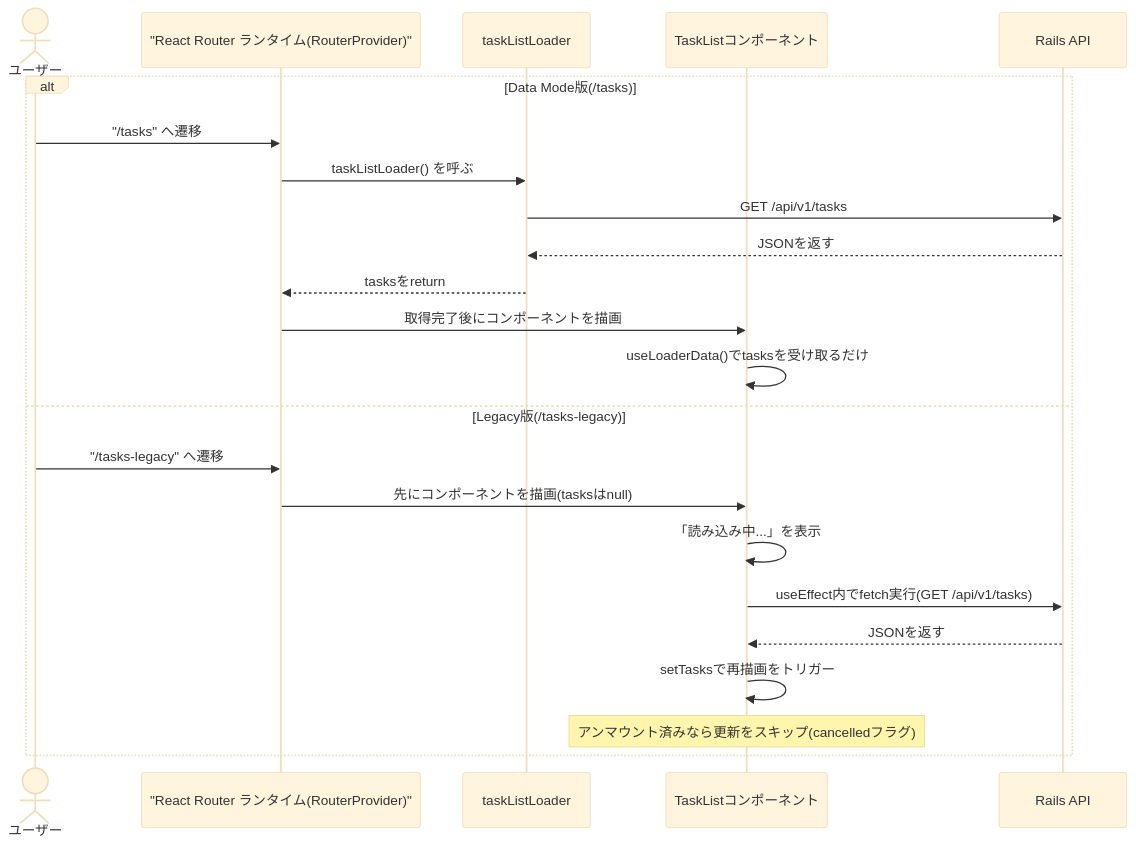
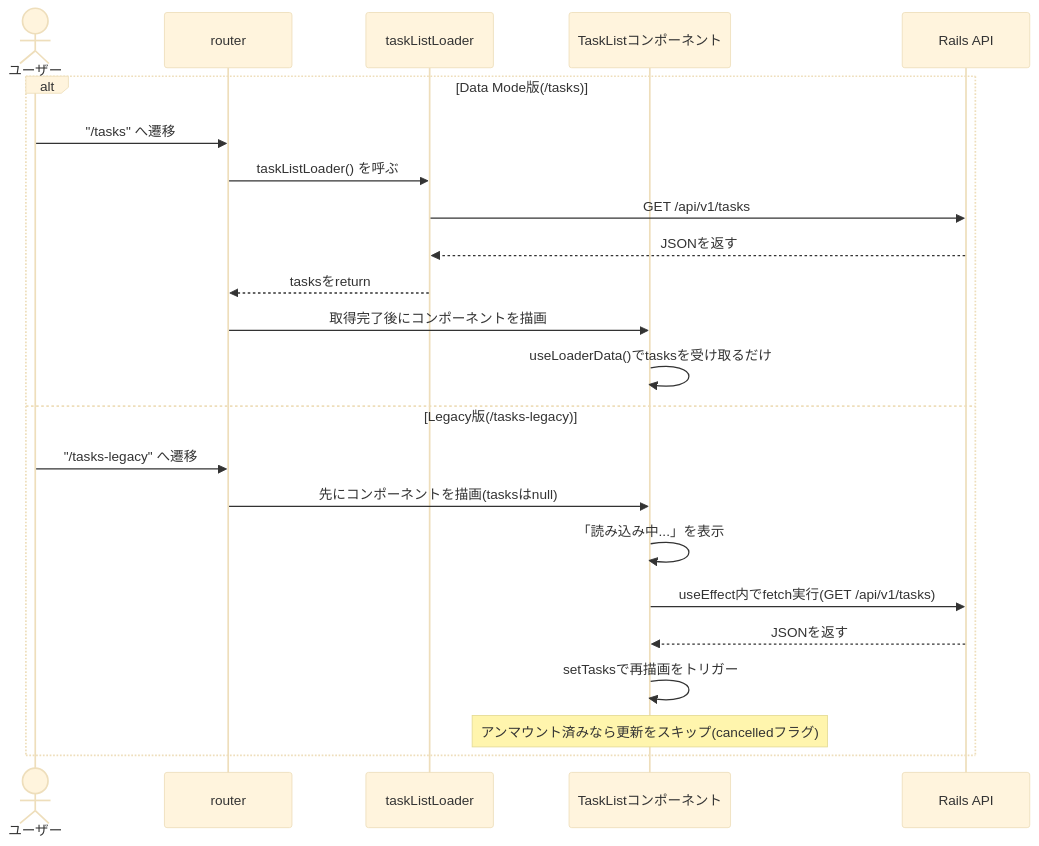
Before and after one commit to to0526/rr8-rails-poc: the fifth of 5 diagrams in docs/frontend-guide-for-rails-engineers.md, drawn with Mermaid (base theme). The commit also changed other lines of this file, not shown here.

First line of the commit message:
図のparticipantラベルを「router」に簡略化

````diff
--- a/docs/frontend-guide-for-rails-engineers.md
+++ b/docs/frontend-guide-for-rails-engineers.md
@@ -430,26 +431,26 @@
 ```mermaid
 sequenceDiagram
     actor User as ユーザー
-    participant RR as "React Router ランタイム(RouterProvider)"
+    participant RR as router
     participant Loader as taskListLoader
     participant Comp as TaskListコンポーネント
     participant Rails as Rails API
 
     alt Data Mode版(/tasks)
         User->>RR: "/tasks" へ遷移
         RR->>Loader: taskListLoader() を呼ぶ
         Loader->>Rails: GET /api/v1/tasks
         Rails-->>Loader: JSONを返す
         Loader-->>RR: tasksをreturn
         RR->>Comp: 取得完了後にコンポーネントを描画
         Comp->>Comp: useLoaderData()でtasksを受け取るだけ
     else Legacy版(/tasks-legacy)
         User->>RR: "/tasks-legacy" へ遷移
         RR->>Comp: 先にコンポーネントを描画(tasksはnull)
         Comp->>Comp: 「読み込み中...」を表示
         Comp->>Rails: useEffect内でfetch実行(GET /api/v1/tasks)
         Rails-->>Comp: JSONを返す
         Comp->>Comp: setTasksで再描画をトリガー
         Note over Comp: アンマウント済みなら更新をスキップ(cancelledフラグ)
     end
 ```
````
